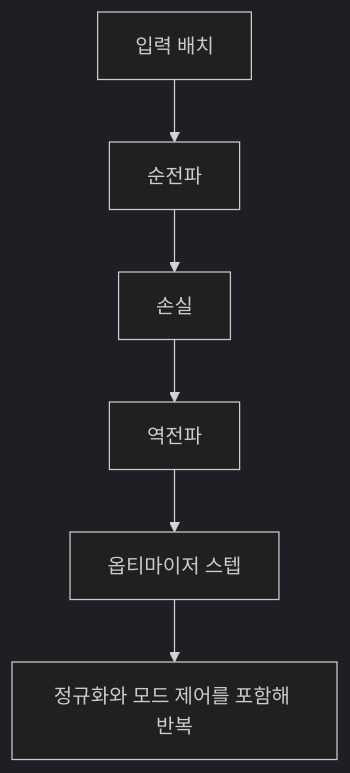
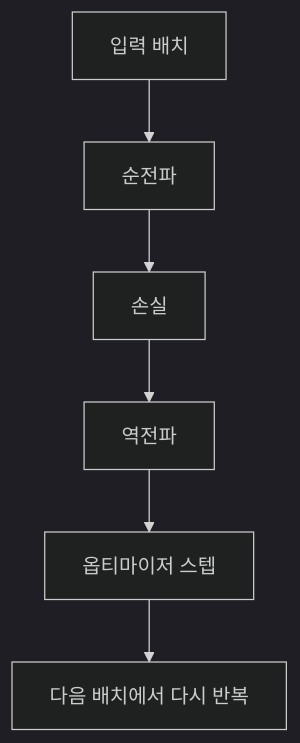
The diagram in docs/assets/part-05/chapter-06/training-loop-regularization-flow-ko.mmd (devchan64/AiBook), drawn with Mermaid (dark theme) before and after one commit. The commit also changed 12 other files, not shown here.

```diff
--- a/docs/assets/part-05/chapter-06/training-loop-regularization-flow-ko.mmd
+++ b/docs/assets/part-05/chapter-06/training-loop-regularization-flow-ko.mmd
@@ -1,13 +1,13 @@
 flowchart TD
   A["입력 배치"]
   B["순전파"]
   C["손실"]
   D["역전파"]
   E["옵티마이저 스텝"]
-  F["정규화와 모드 제어를 포함해 반복"]
+  F["다음 배치에서 다시 반복"]
 
   A --> B
   B --> C
   C --> D
   D --> E
   E --> F
```
